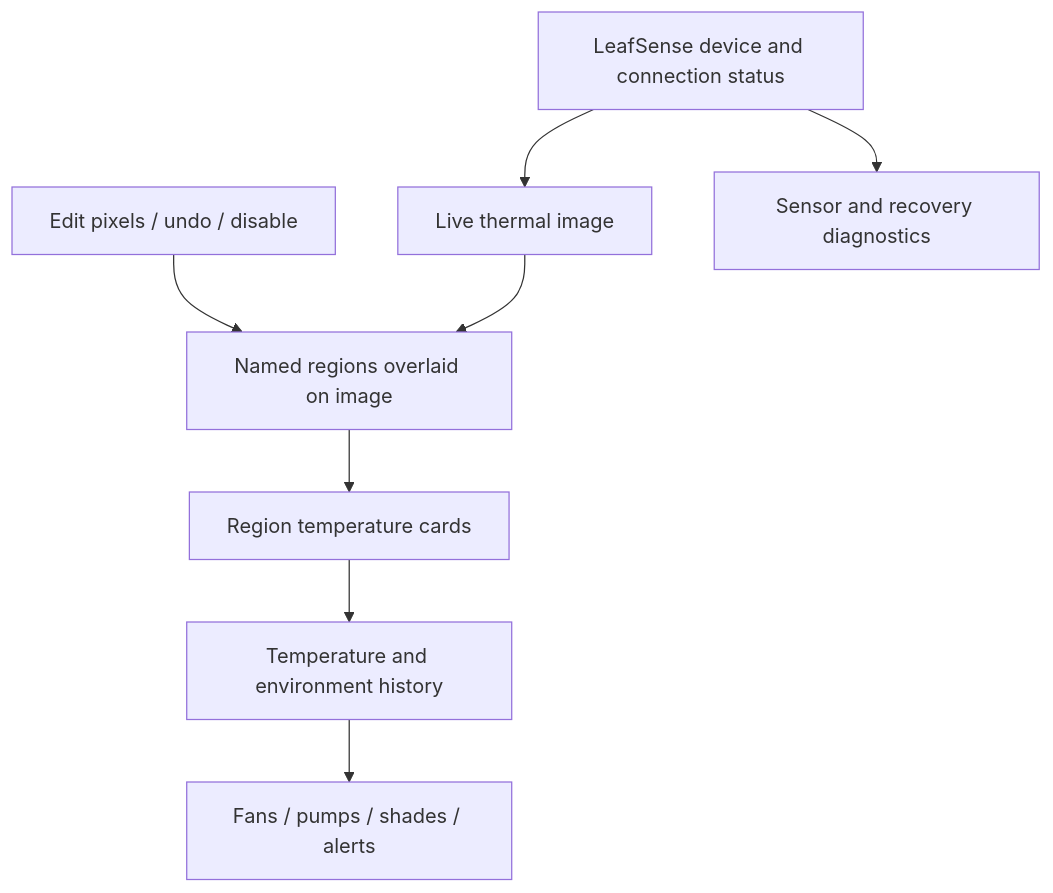
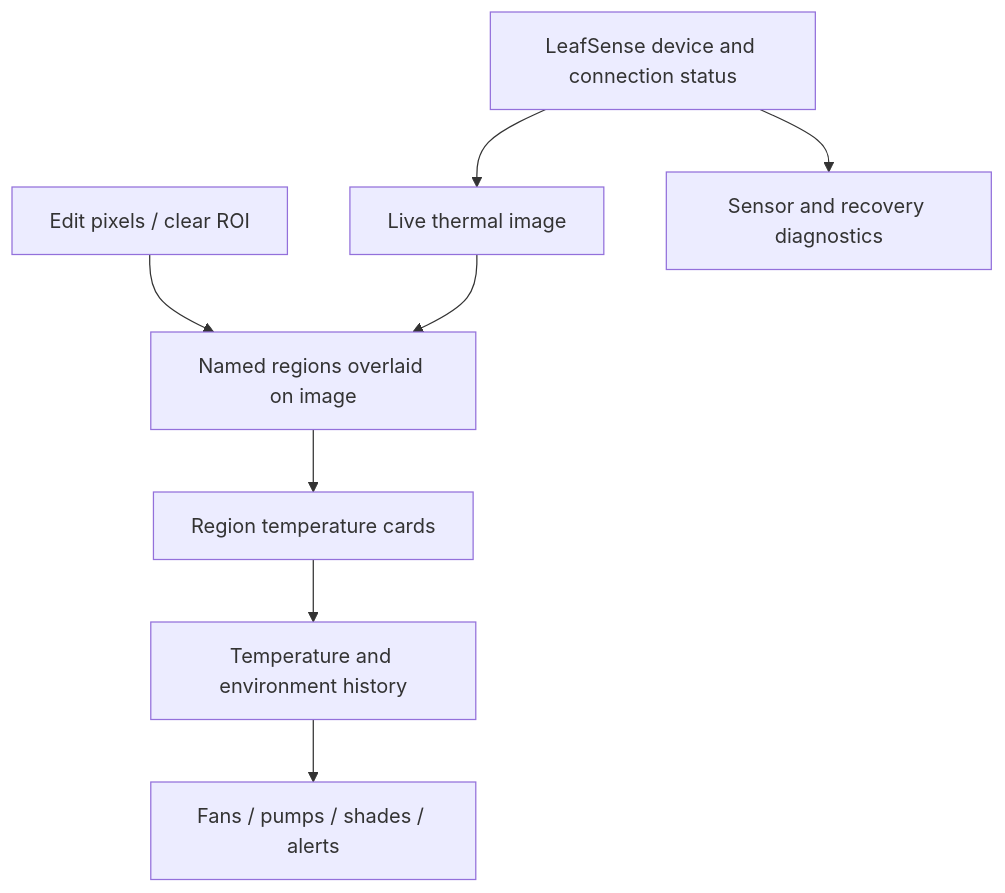
The first of 3 diagrams in docs/Home_Assistant_Vision.md (FishKepping/LeafSense), drawn with Mermaid before and after one commit. The commit also changed other lines of this file and 7 other files, not shown here.

````diff
--- a/docs/Home_Assistant_Vision.md
+++ b/docs/Home_Assistant_Vision.md
@@ -23,19 +23,19 @@
 ```mermaid
 flowchart TB
     Header["LeafSense device and connection status"]
     Image["Live thermal image"]
-    Tools["Edit pixels / undo / disable"]
+    Tools["Edit pixels / clear ROI"]
     Regions["Named regions overlaid on image"]
     Cards["Region temperature cards"]
     Trends["Temperature and environment history"]
     Controls["Fans / pumps / shades / alerts"]
     Diagnostics["Sensor and recovery diagnostics"]
 
     Header --> Image
     Tools --> Regions
     Image --> Regions
     Regions --> Cards
     Cards --> Trends
     Trends --> Controls
     Header --> Diagnostics
 ```
````
